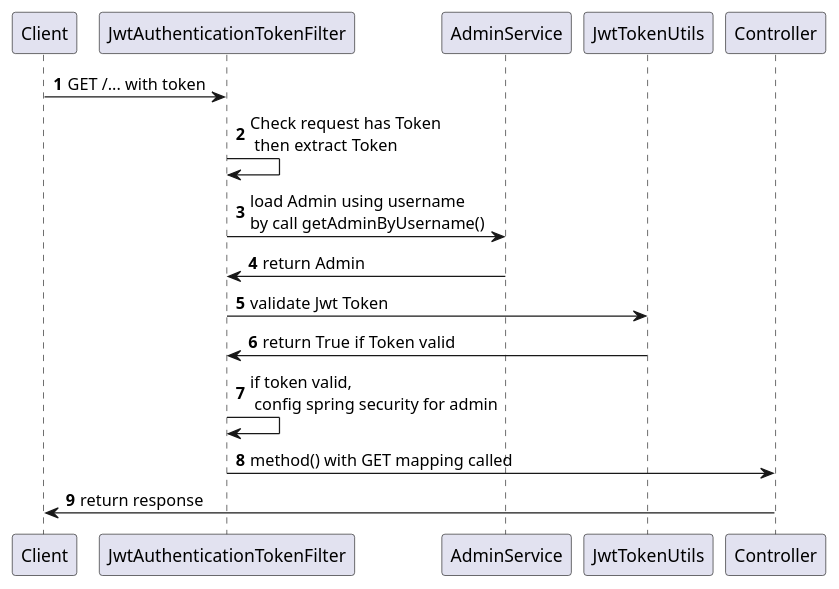
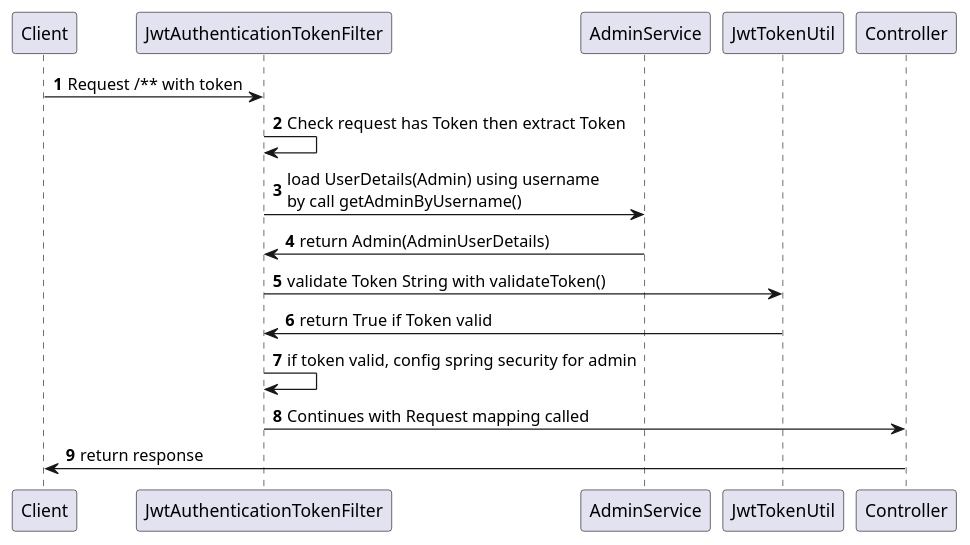
The diagram in diagram/validating-jwt.puml (truongvantuan/gg-admin), drawn with PlantUML before and after one commit. The commit also changed 17 other files, not shown here.

Commit message:
Complete spring security

```diff
--- a/diagram/validating-jwt.puml
+++ b/diagram/validating-jwt.puml
@@ -1,12 +1,12 @@
 @startuml
 autonumber
-Client -> JwtAuthenticationTokenFilter : GET /... with token
-JwtAuthenticationTokenFilter -> JwtAuthenticationTokenFilter : Check request has Token \n then extract Token
-JwtAuthenticationTokenFilter -> AdminService : load Admin using username \nby call getAdminByUsername()
-AdminService -> JwtAuthenticationTokenFilter : return Admin
-JwtAuthenticationTokenFilter -> JwtTokenUtils : validate Jwt Token
-JwtTokenUtils -> JwtAuthenticationTokenFilter : return True if Token valid
-JwtAuthenticationTokenFilter -> JwtAuthenticationTokenFilter : if token valid,\n config spring security for admin
-JwtAuthenticationTokenFilter -> Controller : method() with GET mapping called
+Client -> JwtAuthenticationTokenFilter : Request /** with token
+JwtAuthenticationTokenFilter -> JwtAuthenticationTokenFilter : Check request has Token then extract Token
+JwtAuthenticationTokenFilter -> AdminService : load UserDetails(Admin) using username \nby call getAdminByUsername()
+AdminService -> JwtAuthenticationTokenFilter : return Admin(AdminUserDetails)
+JwtAuthenticationTokenFilter -> JwtTokenUtil : validate Token String with validateToken()
+JwtTokenUtil -> JwtAuthenticationTokenFilter : return True if Token valid
+JwtAuthenticationTokenFilter -> JwtAuthenticationTokenFilter : if token valid, config spring security for admin
+JwtAuthenticationTokenFilter -> Controller : Continues with Request mapping called
 Controller -> Client : return response
 @enduml
```
